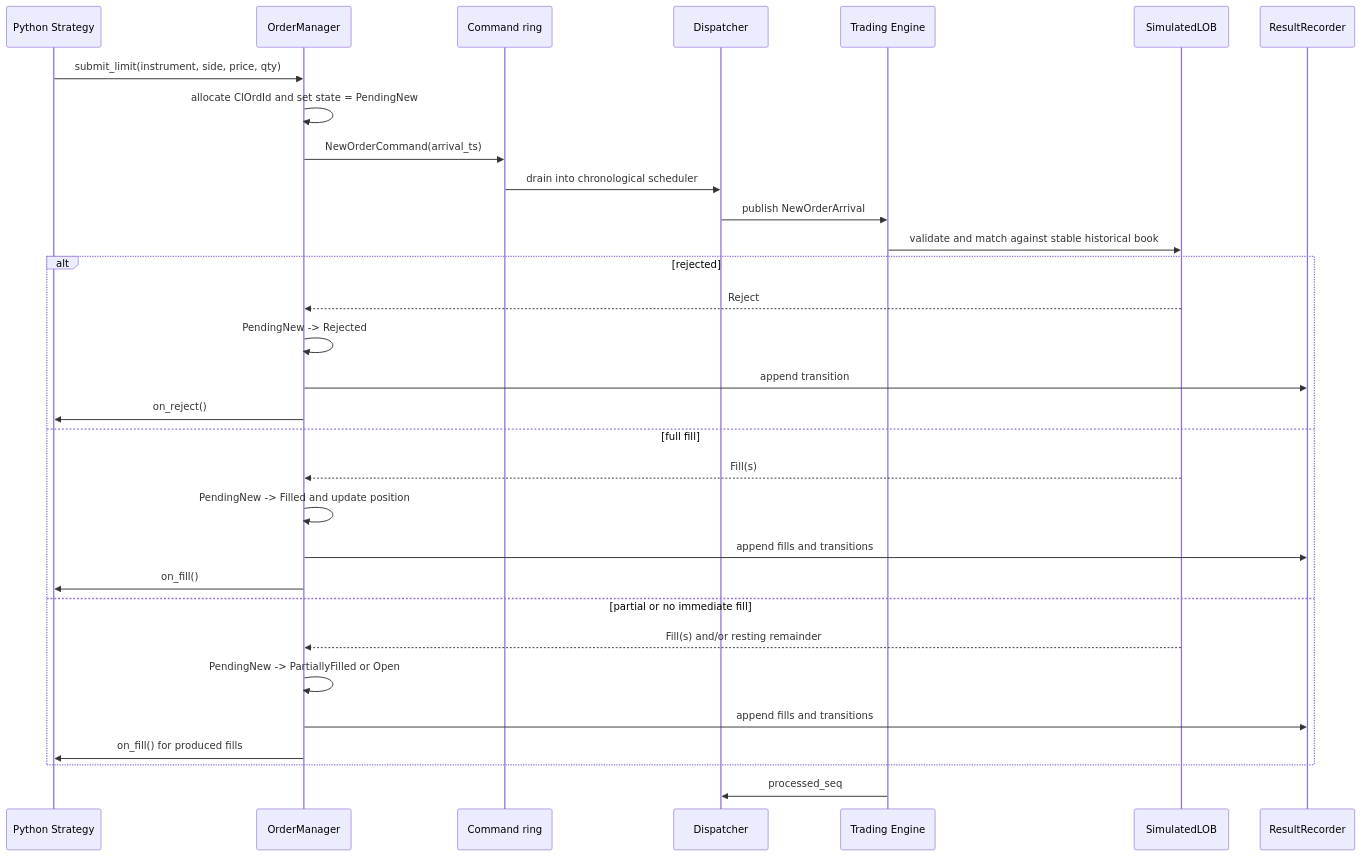
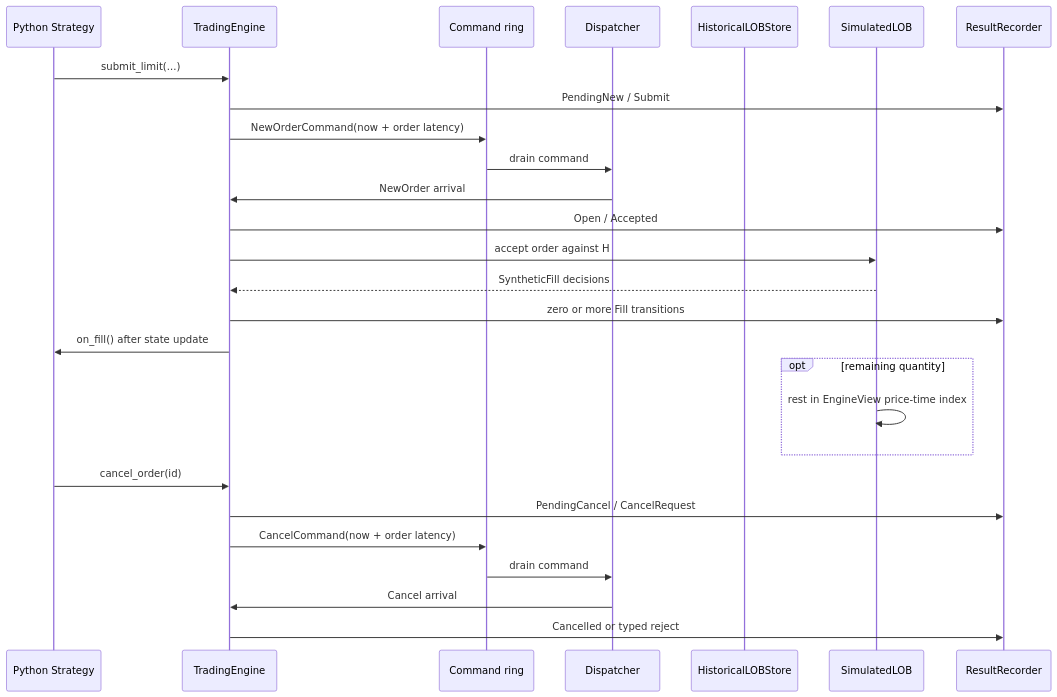
The fourth of 4 diagrams in docs/hw4/architecture/02_context_and_containers.md (axxeny/back-tester-2026), drawn with Mermaid before and after one commit. The commit also changed other lines of this file and 60 other files, not shown here.

````diff
--- a/docs/hw4/architecture/02_context_and_containers.md
+++ b/docs/hw4/architecture/02_context_and_containers.md
@@ -111,36 +128,32 @@
 ```mermaid
 sequenceDiagram
     participant P as Python Strategy
-    participant O as OrderManager
-    participant C as Command ring
+    participant T as TradingEngine
+    participant Q as Command ring
     participant D as Dispatcher
-    participant T as Trading Engine
+    participant H as HistoricalLOBStore
     participant S as SimulatedLOB
     participant R as ResultRecorder
 
-    P->>O: submit_limit(instrument, side, price, qty)
-    O->>O: allocate ClOrdId and set state = PendingNew
-    O->>C: NewOrderCommand(arrival_ts)
-    C->>D: drain into chronological scheduler
-    D->>T: publish NewOrderArrival
-    T->>S: validate and match against stable historical book
+    P->>T: submit_limit(...)
+    T->>R: PendingNew / Submit
+    T->>Q: NewOrderCommand(now + order latency)
+    Q->>D: drain command
+    D->>T: NewOrder arrival
+    T->>R: Open / Accepted
+    T->>S: accept order against H
+    S-->>T: SyntheticFill decisions
+    T->>R: zero or more Fill transitions
+    T->>P: on_fill() after state update
 
-    alt rejected
-        S-->>O: Reject
-        O->>O: PendingNew -> Rejected
-        O->>R: append transition
-        O->>P: on_reject()
-    else full fill
-        S-->>O: Fill(s)
-        O->>O: PendingNew -> Filled and update position
-        O->>R: append fills and transitions
-        O->>P: on_fill()
-    else partial or no immediate fill
-        S-->>O: Fill(s) and/or resting remainder
-        O->>O: PendingNew -> PartiallyFilled or Open
-        O->>R: append fills and transitions
-        O->>P: on_fill() for produced fills
+    opt remaining quantity
+        S->>S: rest in EngineView price-time index
     end
 
-    T->>D: processed_seq
+    P->>T: cancel_order(id)
+    T->>R: PendingCancel / CancelRequest
+    T->>Q: CancelCommand(now + order latency)
+    Q->>D: drain command
+    D->>T: Cancel arrival
+    T->>R: Cancelled or typed reject
 ```
````
